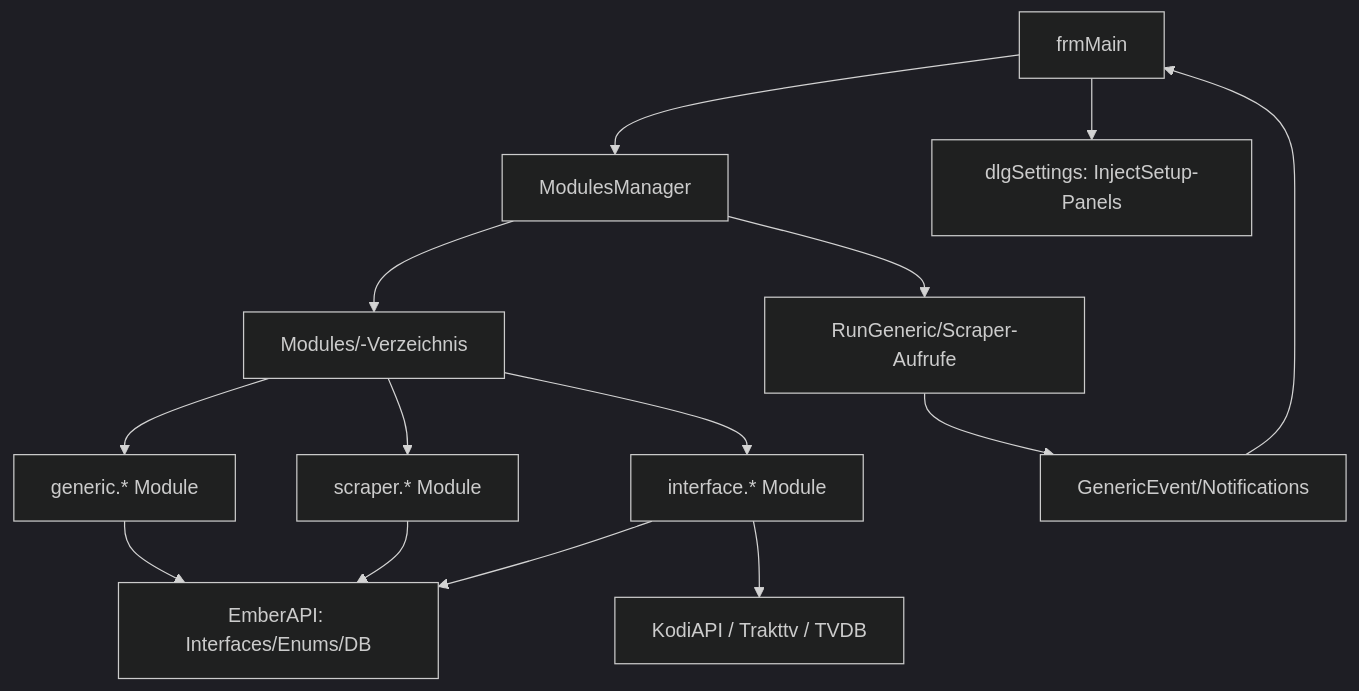
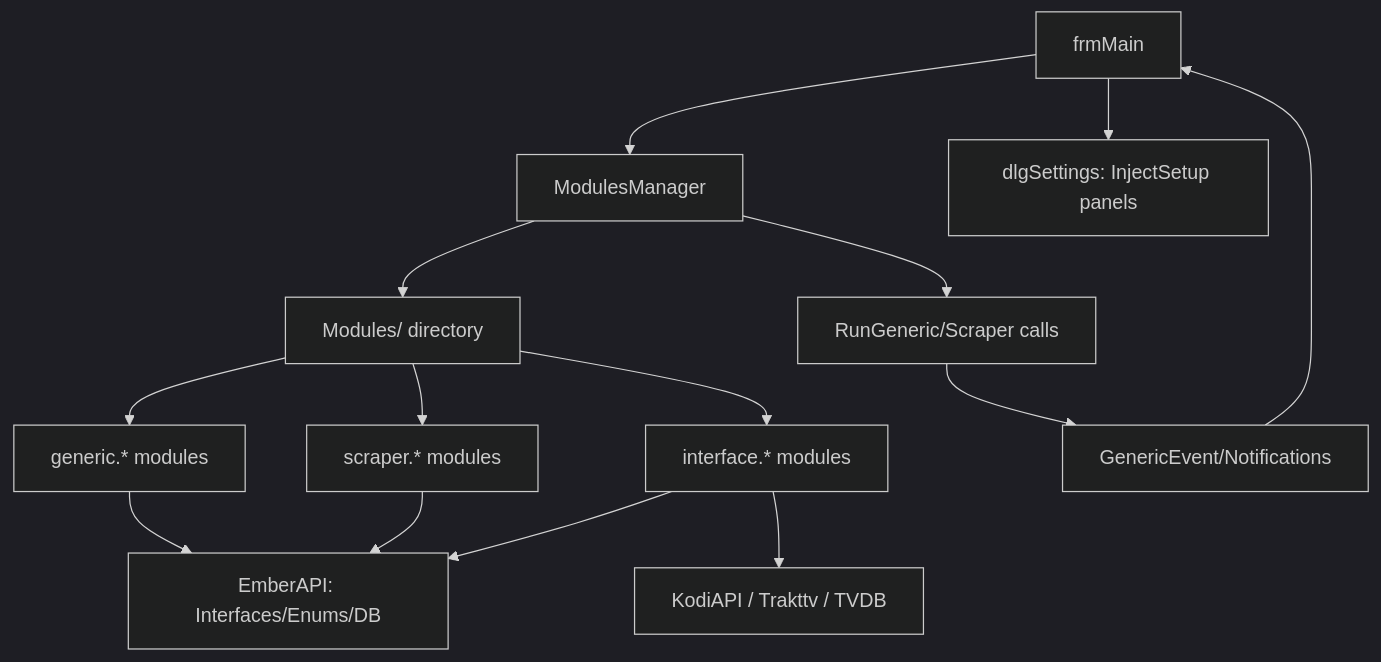
One commit to martin-stromberg/Ember-Media-Manager changed the diagram in docs/help/module-system/architektur.md. Above: the diagram before and after it, drawn with Mermaid (dark theme). The commit also changed other lines of this file and 49 other files, not shown here.

````diff
--- a/docs/help/module-system/architektur.md
+++ b/docs/help/module-system/architektur.md
@@ -33,16 +33,16 @@
 ```mermaid
 graph TD
     A[frmMain] --> B[ModulesManager]
-    B --> C[Modules/-Verzeichnis]
-    C --> D[generic.* Module]
-    C --> E[scraper.* Module]
-    C --> F[interface.* Module]
+    B --> C[Modules/ directory]
+    C --> D[generic.* modules]
+    C --> E[scraper.* modules]
+    C --> F[interface.* modules]
     D --> G[EmberAPI: Interfaces/Enums/DB]
     E --> G
     F --> G
     F --> H[KodiAPI / Trakttv / TVDB]
-    A --> I[dlgSettings: InjectSetup-Panels]
-    B --> J[RunGeneric/Scraper-Aufrufe]
+    A --> I[dlgSettings: InjectSetup panels]
+    B --> J[RunGeneric/Scraper calls]
     J --> K[GenericEvent/Notifications]
     K --> A
 ```
````
